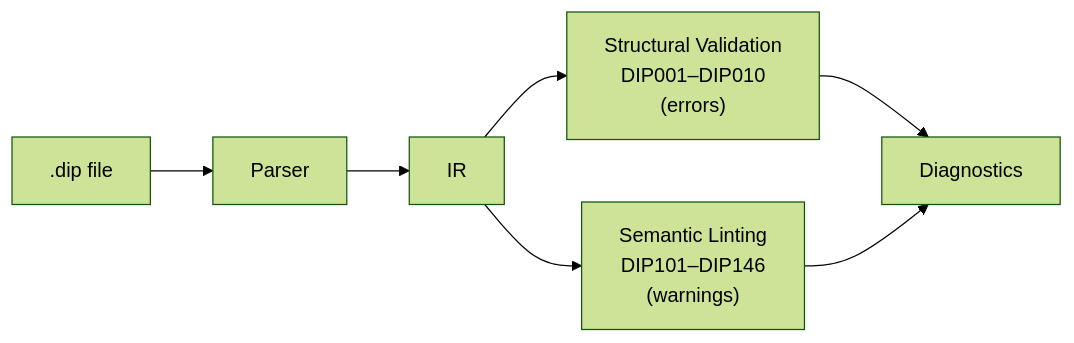
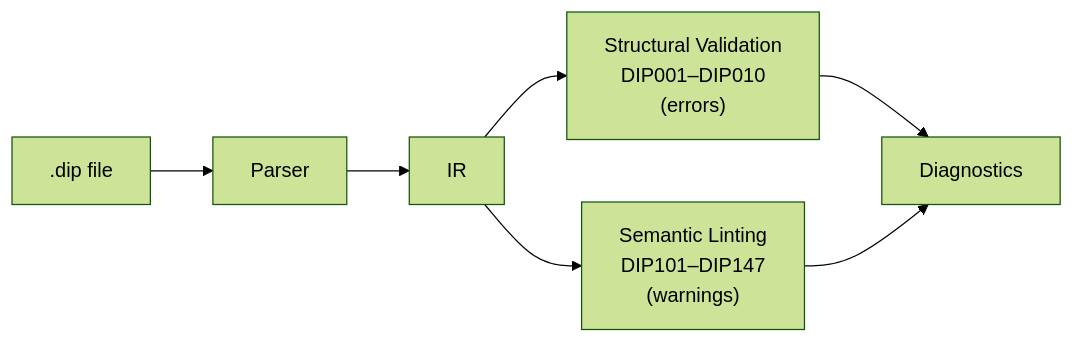
One commit to 2389-research/dippin-lang changed the diagram in docs/validation.md. Above: the diagram before and after it, drawn with Mermaid (forest theme). The commit also changed other lines of this file and 16 other files, not shown here.

````diff
--- a/docs/validation.md
+++ b/docs/validation.md
@@ -10,9 +10,9 @@
 ```mermaid
 graph LR
     SRC[".dip file"] --> PARSE["Parser"]
     PARSE --> IR["IR"]
     IR --> VAL["Structural Validation<br>DIP001–DIP010<br>(errors)"]
-    IR --> LINT["Semantic Linting<br>DIP101–DIP146<br>(warnings)"]
+    IR --> LINT["Semantic Linting<br>DIP101–DIP147<br>(warnings)"]
     VAL --> DIAG["Diagnostics"]
     LINT --> DIAG
 ```
````
